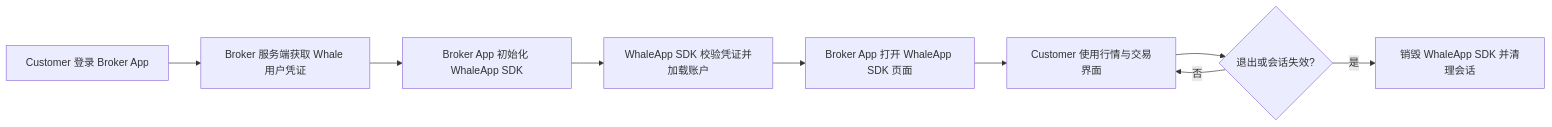
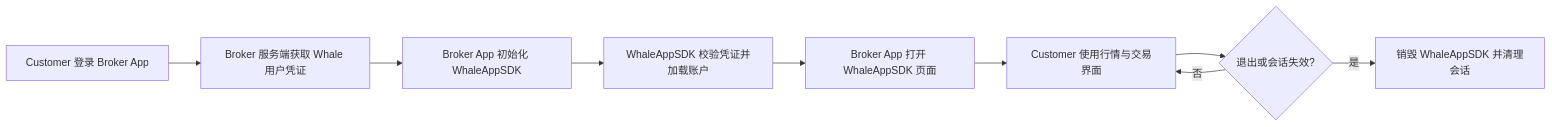
The diagram in docs/zh-CN/whalesdk/whaleapp/overview.mdx (longbridge/whale-docs), drawn with Mermaid before and after one commit. The commit also changed other lines of this file and 120 other files, not shown here.

````diff
--- a/docs/zh-CN/whalesdk/whaleapp/overview.mdx
+++ b/docs/zh-CN/whalesdk/whaleapp/overview.mdx
@@ -8,11 +8,11 @@
 ```mermaid
 flowchart LR
     A[Customer 登录 Broker App] --> B[Broker 服务端获取 Whale 用户凭证]
-    B --> C[Broker App 初始化 WhaleApp SDK]
-    C --> D[WhaleApp SDK 校验凭证并加载账户]
-    D --> E[Broker App 打开 WhaleApp SDK 页面]
+    B --> C[Broker App 初始化 WhaleAppSDK]
+    C --> D[WhaleAppSDK 校验凭证并加载账户]
+    D --> E[Broker App 打开 WhaleAppSDK 页面]
     E --> F[Customer 使用行情与交易界面]
     F --> G{退出或会话失效?}
     G -- 否 --> F
-    G -- 是 --> H[销毁 WhaleApp SDK 并清理会话]
+    G -- 是 --> H[销毁 WhaleAppSDK 并清理会话]
 ```
````
